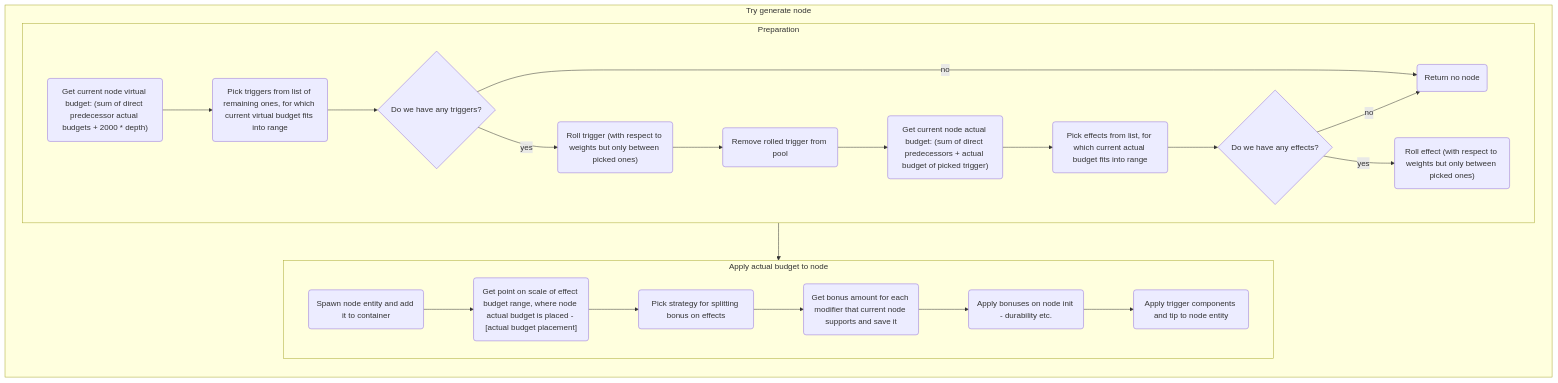
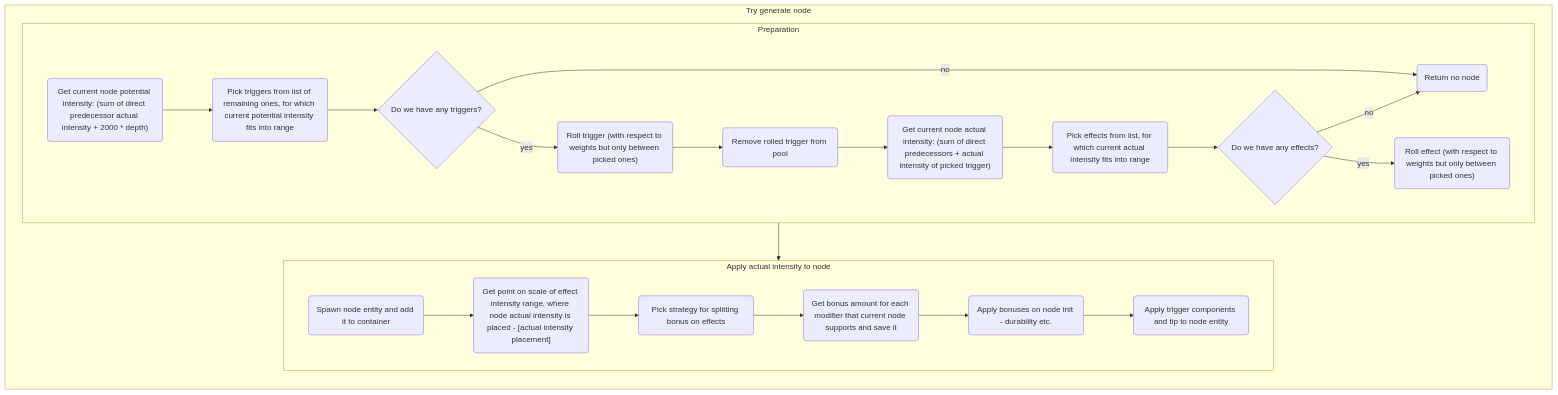
The fifth of 5 diagrams in src/en/space-station-14/departments/science/proposals/xenoarch-redux.md (space-wizards/docs), drawn with Mermaid before and after one commit. The commit also changed other lines of this file and 1 other file, not shown here.

Commit message:
refactor: change wording for intensity, from budget

````diff
--- a/src/en/space-station-14/departments/science/proposals/xenoarch-redux.md
+++ b/src/en/space-station-14/departments/science/proposals/xenoarch-redux.md
@@ -206,31 +206,31 @@
 ``` mermaid
 
 flowchart TB
     subgraph Try generate node
         direction TB
         subgraph P1[Preparation]
             direction LR
-            A1("Get current node virtual budget: (sum of direct predecessor actual budgets + 2000 * depth) ")
-            --> A2(Pick triggers from list of remaining ones, for which current virtual budget fits into range)
+            A1("Get current node potential intensity: (sum of direct predecessor actual intensity + 2000 * depth) ")
+            --> A2(Pick triggers from list of remaining ones, for which current potential intensity fits into range)
             --> A21{Do we have any triggers?}
             -- no --> EMPTY(Return no node)
             A21 -- yes --> A3("Roll trigger (with respect to weights but only between picked ones)")
             --> A4("Remove rolled trigger from pool")
-            --> A5("Get current node actual budget: (sum of direct predecessors + actual budget of picked trigger)")
-            --> A6(Pick effects from list, for which current actual budget fits into range)
+            --> A5("Get current node actual intensity: (sum of direct predecessors + actual intensity of picked trigger)")
+            --> A6(Pick effects from list, for which current actual intensity fits into range)
             --> A7{Do we have any effects?}
             -- no --> EMPTY
             A7 -- yes --> A8("Roll effect (with respect to weights but only between picked ones)")
         end
         P1 --> P2
-        subgraph P2[Apply actual budget to node]
+        subgraph P2[Apply actual intensity to node]
             direction LR
             B1(Spawn node entity and add it to container)
-            --> B2("Get point on scale of effect budget range, where node actual budget is placed - [actual budget placement]")
+            --> B2("Get point on scale of effect intensity range, where node actual intensity is placed - [actual intensity placement]")
             --> B3(Pick strategy for splitting bonus on effects)
             --> B4(Get bonus amount for each modifier that current node supports and save it)
             --> B5(Apply bonuses on node init - durability etc.)
             --> C1(Apply trigger components and tip to node entity)
         end
     end
 ```
````
